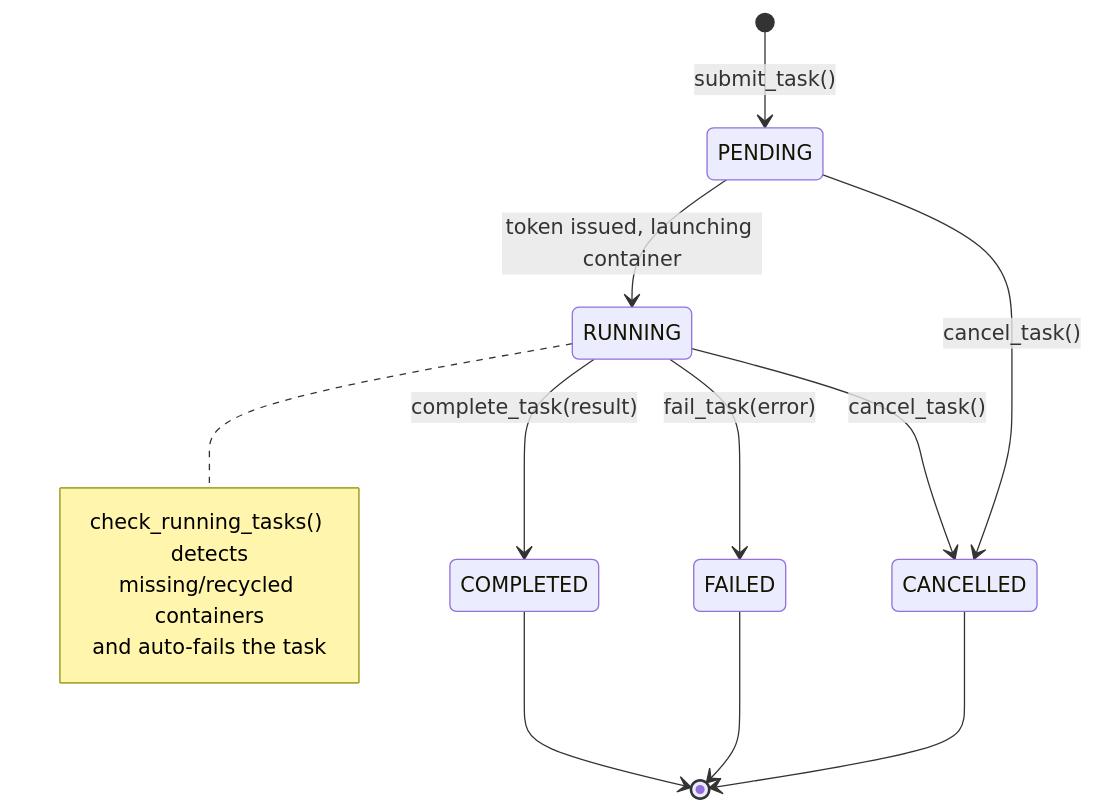
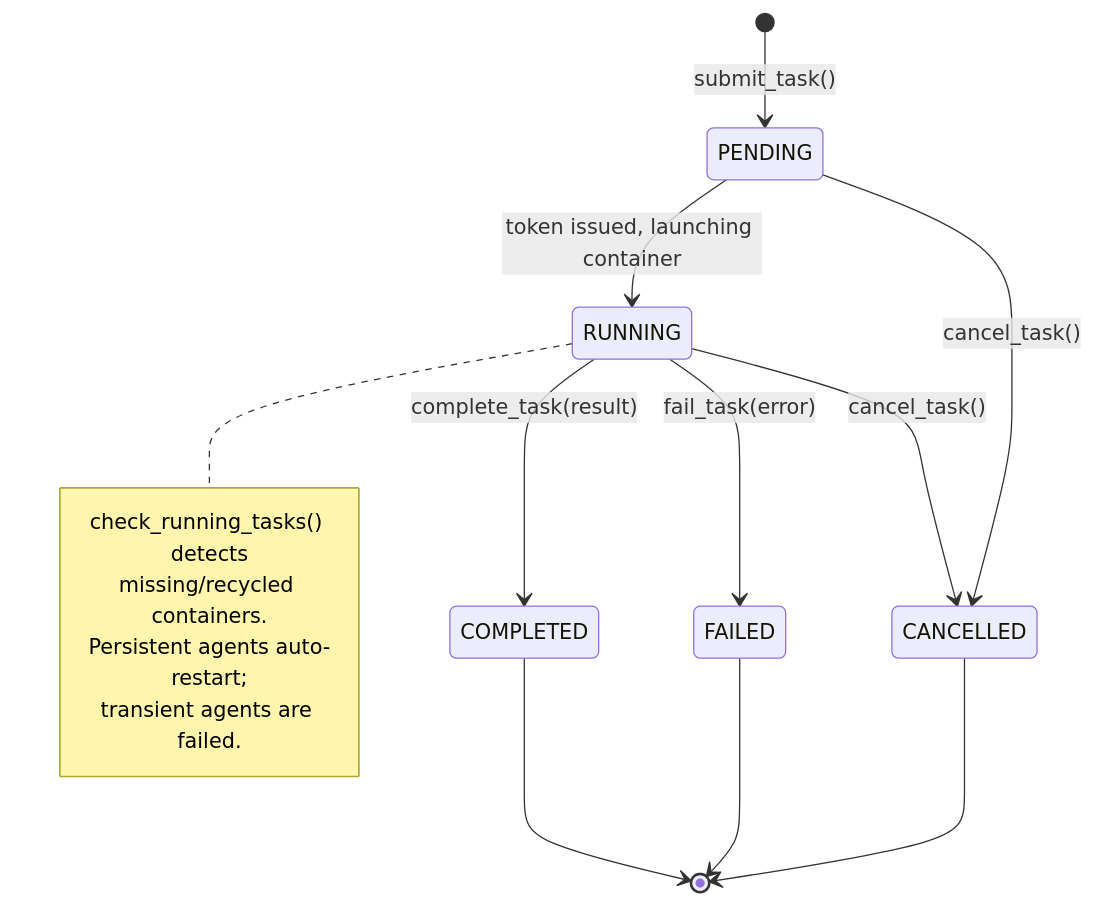
The third of 5 diagrams in docs/brainbox/hub.md (neverprepared/ink-bunny), drawn with Mermaid before and after one commit. The commit also changed other lines of this file and 42 other files, not shown here.

````diff
--- a/docs/brainbox/hub.md
+++ b/docs/brainbox/hub.md
@@ -110,19 +110,20 @@
 ```mermaid
 stateDiagram-v2
     [*] --> PENDING: submit_task()
     PENDING --> RUNNING: token issued, launching container
     RUNNING --> COMPLETED: complete_task(result)
     RUNNING --> FAILED: fail_task(error)
     RUNNING --> CANCELLED: cancel_task()
     PENDING --> CANCELLED: cancel_task()
 
     COMPLETED --> [*]
     FAILED --> [*]
     CANCELLED --> [*]
 
     note right of RUNNING
         check_running_tasks() detects
-        missing/recycled containers
-        and auto-fails the task
+        missing/recycled containers.
+        Persistent agents auto-restart;
+        transient agents are failed.
     end note
 ```
````
